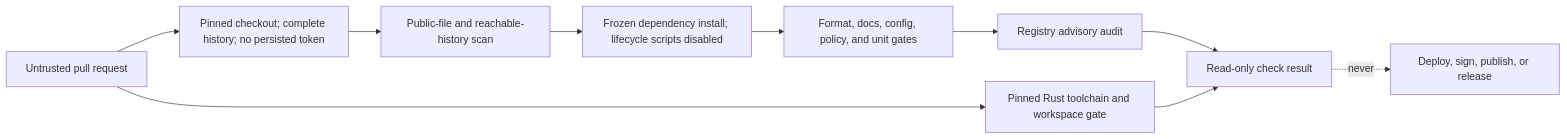
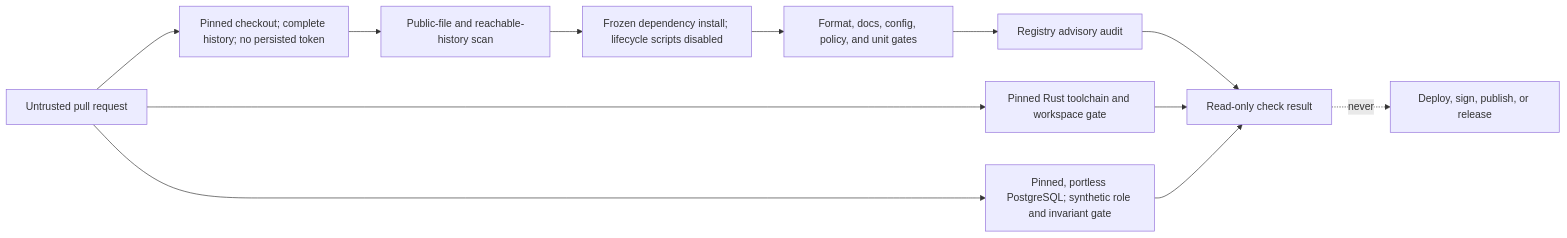
Before and after one commit to Tah10n/viberacing: the diagram in docs/architecture/CI_TRUST_MODEL.md, drawn with Mermaid. The commit also changed other lines of this file and 29 other files, not shown here.

````diff
--- a/docs/architecture/CI_TRUST_MODEL.md
+++ b/docs/architecture/CI_TRUST_MODEL.md
@@ -14,12 +14,14 @@
 ```mermaid
 flowchart LR
   PR["Untrusted pull request"] --> CO["Pinned checkout; complete history; no persisted token"]
   CO --> PS["Public-file and reachable-history scan"]
   PS --> DI["Frozen dependency install; lifecycle scripts disabled"]
   DI --> VG["Format, docs, config, policy, and unit gates"]
   VG --> AU["Registry advisory audit"]
   PR --> RT["Pinned Rust toolchain and workspace gate"]
+  PR --> DB["Pinned, portless PostgreSQL; synthetic role and invariant gate"]
   AU --> R["Read-only check result"]
   RT --> R
+  DB --> R
   R -. "never" .-> DP["Deploy, sign, publish, or release"]
 ```
````
